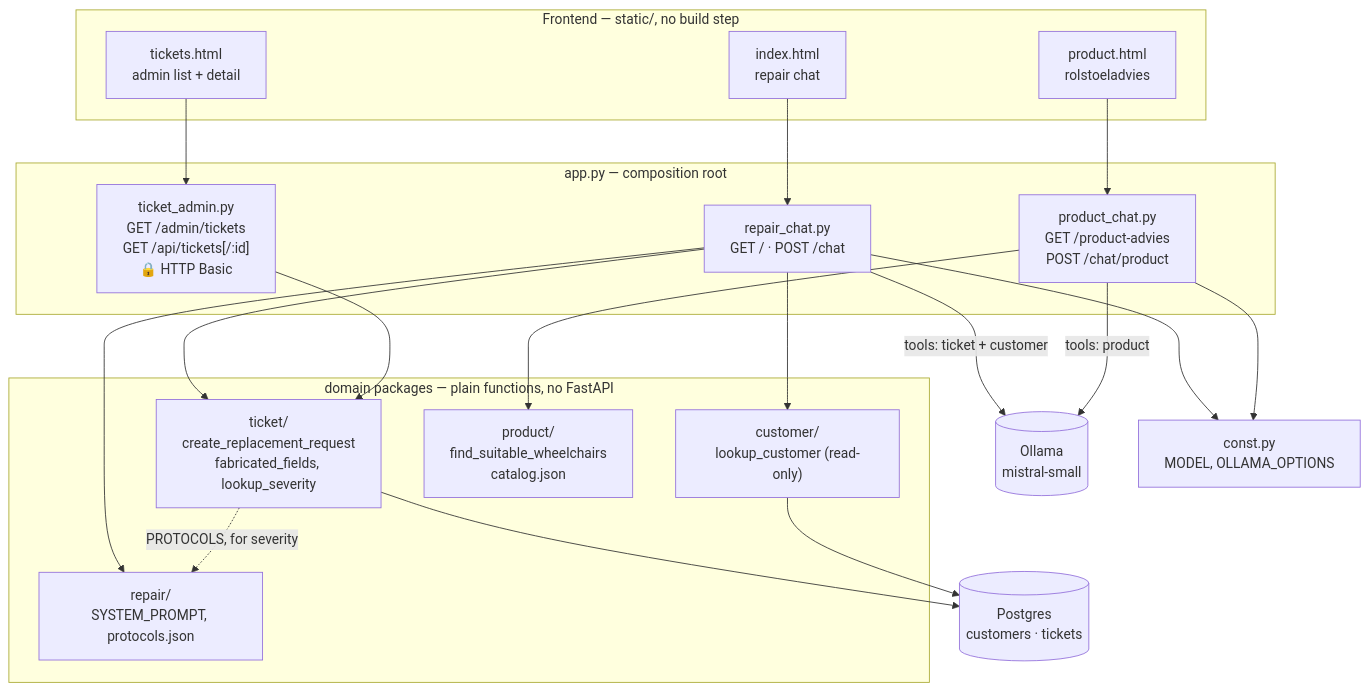
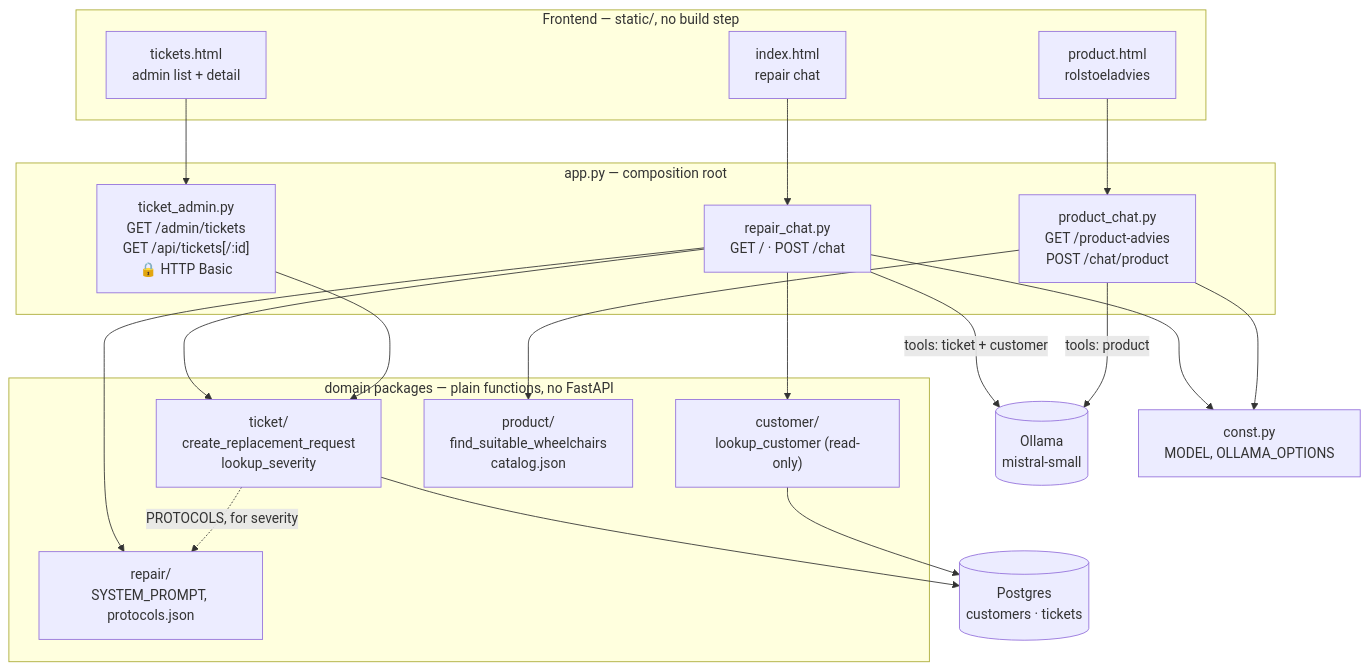
One commit to yugaWicaksono/care_chat changed the first of 2 diagrams in AGENTS.md. Above: the diagram before and after it, drawn with Mermaid. The commit also changed other lines of this file and 7 other files, not shown here.

````diff
--- a/AGENTS.md
+++ b/AGENTS.md
@@ -28,45 +28,45 @@
 ```mermaid
 flowchart TB
   subgraph FE["Frontend — static/, no build step"]
     idx["index.html<br/>repair chat"]
     prod["product.html<br/>rolstoeladvies"]
     tix["tickets.html<br/>admin list + detail"]
   end
 
   subgraph APP["app.py — composition root"]
     RC["repair_chat.py<br/>GET / · POST /chat"]
     PC["product_chat.py<br/>GET /product-advies<br/>POST /chat/product"]
     TA["ticket_admin.py<br/>GET /admin/tickets<br/>GET /api/tickets[/:id]<br/>🔒 HTTP Basic"]
   end
 
   OLLAMA[("Ollama<br/>mistral-small")]
   CONST["const.py<br/>MODEL, OLLAMA_OPTIONS"]
 
   subgraph DOM["domain packages — plain functions, no FastAPI"]
     REPAIR["repair/<br/>SYSTEM_PROMPT, protocols.json"]
-    TICKET["ticket/<br/>create_replacement_request<br/>fabricated_fields, lookup_severity"]
+    TICKET["ticket/<br/>create_replacement_request<br/>lookup_severity"]
     CUSTOMER["customer/<br/>lookup_customer (read-only)"]
     PRODUCT["product/<br/>find_suitable_wheelchairs<br/>catalog.json"]
   end
 
   PG[("Postgres<br/>customers · tickets")]
 
   idx --> RC
   prod --> PC
   tix --> TA
 
   RC -- "tools: ticket + customer" --> OLLAMA
   PC -- "tools: product" --> OLLAMA
   RC --> CONST
   PC --> CONST
 
   RC --> REPAIR
   RC --> TICKET
   RC --> CUSTOMER
   PC --> PRODUCT
   TICKET -. "PROTOCOLS, for severity" .-> REPAIR
 
   TA --> TICKET
   TICKET --> PG
   CUSTOMER --> PG
 ```
````
